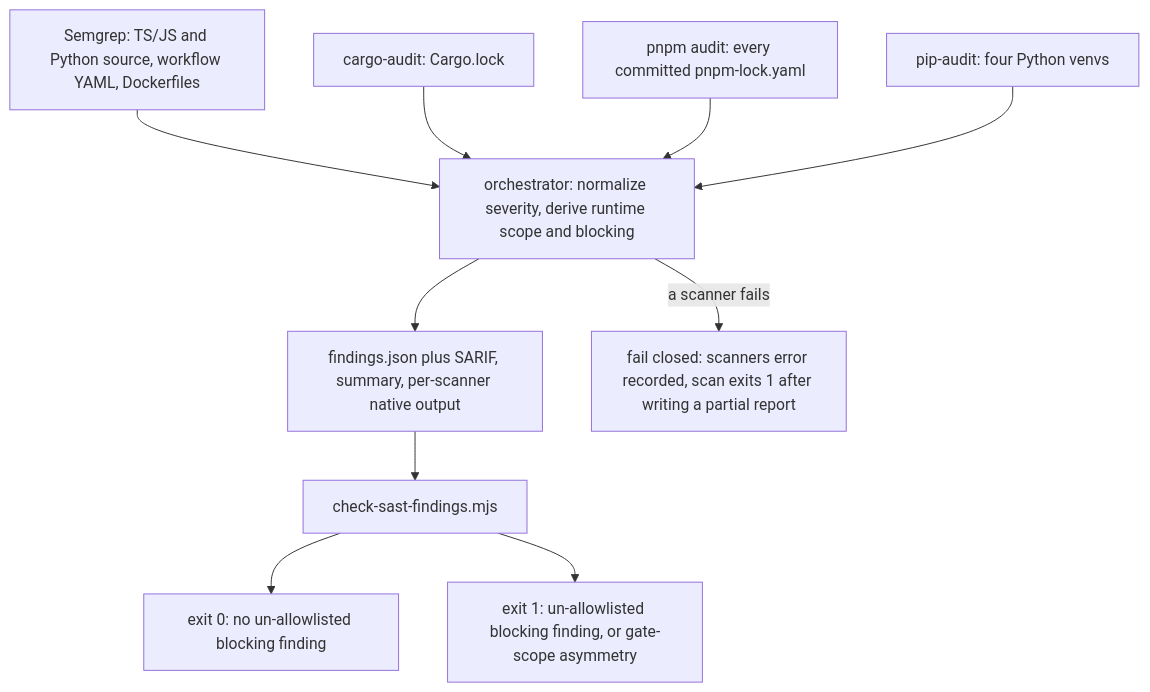
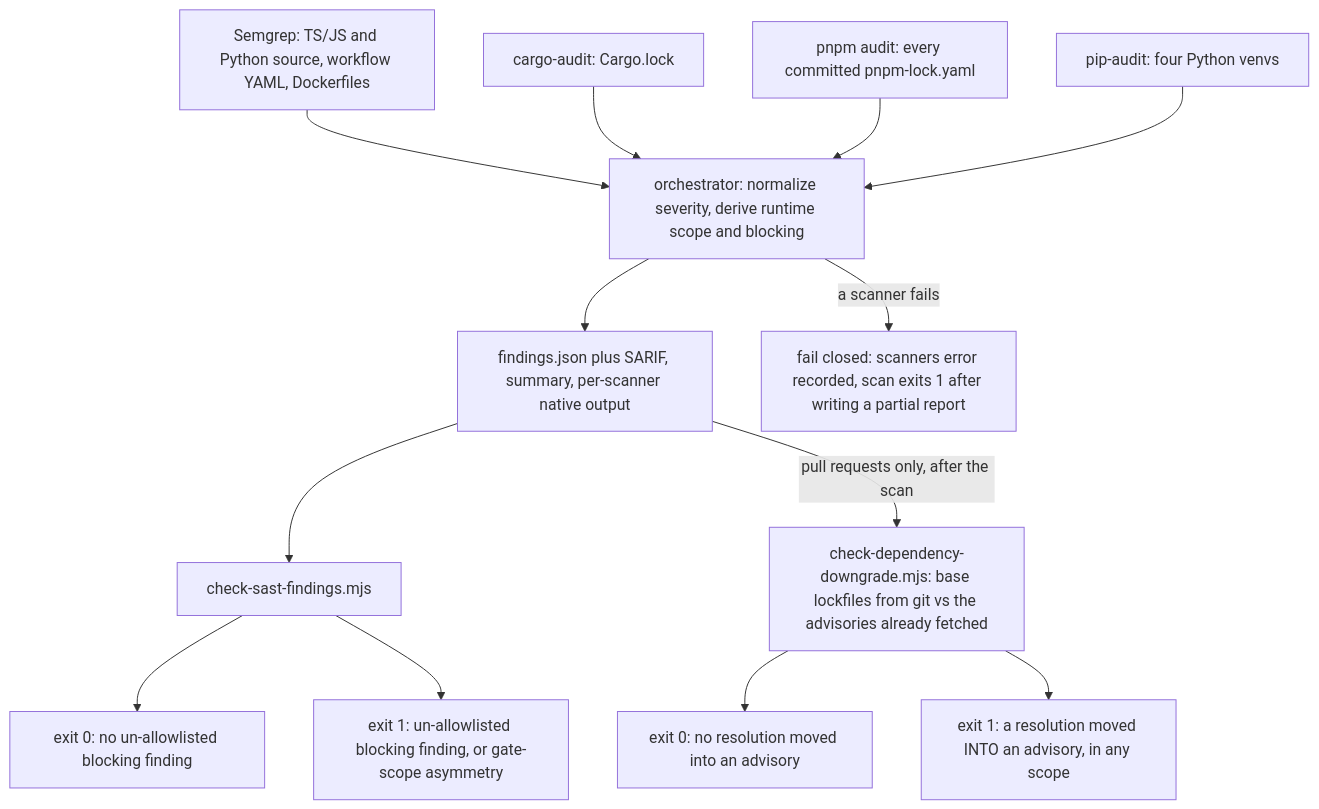
Before and after one commit to jumbleknot/MovieCollectionManager: the first of 4 diagrams in openwiki/projects/sast.md, drawn with Mermaid. The commit also changed other lines of this file and 11 other files, not shown here.

````diff
--- a/openwiki/projects/sast.md
+++ b/openwiki/projects/sast.md
@@ -107,12 +108,15 @@
 ```mermaid
 flowchart TD
   S1["Semgrep: TS/JS and Python source, workflow YAML, Dockerfiles"] --> N
   S2["cargo-audit: Cargo.lock"] --> N
   S3["pnpm audit: every committed pnpm-lock.yaml"] --> N
   S4["pip-audit: four Python venvs"] --> N
   N["orchestrator: normalize severity, derive runtime scope and blocking"] --> F["findings.json plus SARIF, summary, per-scanner native output"]
   N -->|a scanner fails| FC["fail closed: scanners error recorded, scan exits 1 after writing a partial report"]
   F --> G["check-sast-findings.mjs"]
   G --> P["exit 0: no un-allowlisted blocking finding"]
   G --> X["exit 1: un-allowlisted blocking finding, or gate-scope asymmetry"]
+  F -->|"pull requests only, after the scan"| D["check-dependency-downgrade.mjs: base lockfiles from git vs the advisories already fetched"]
+  D --> DP["exit 0: no resolution moved into an advisory"]
+  D --> DX["exit 1: a resolution moved INTO an advisory, in any scope"]
 ```
````
